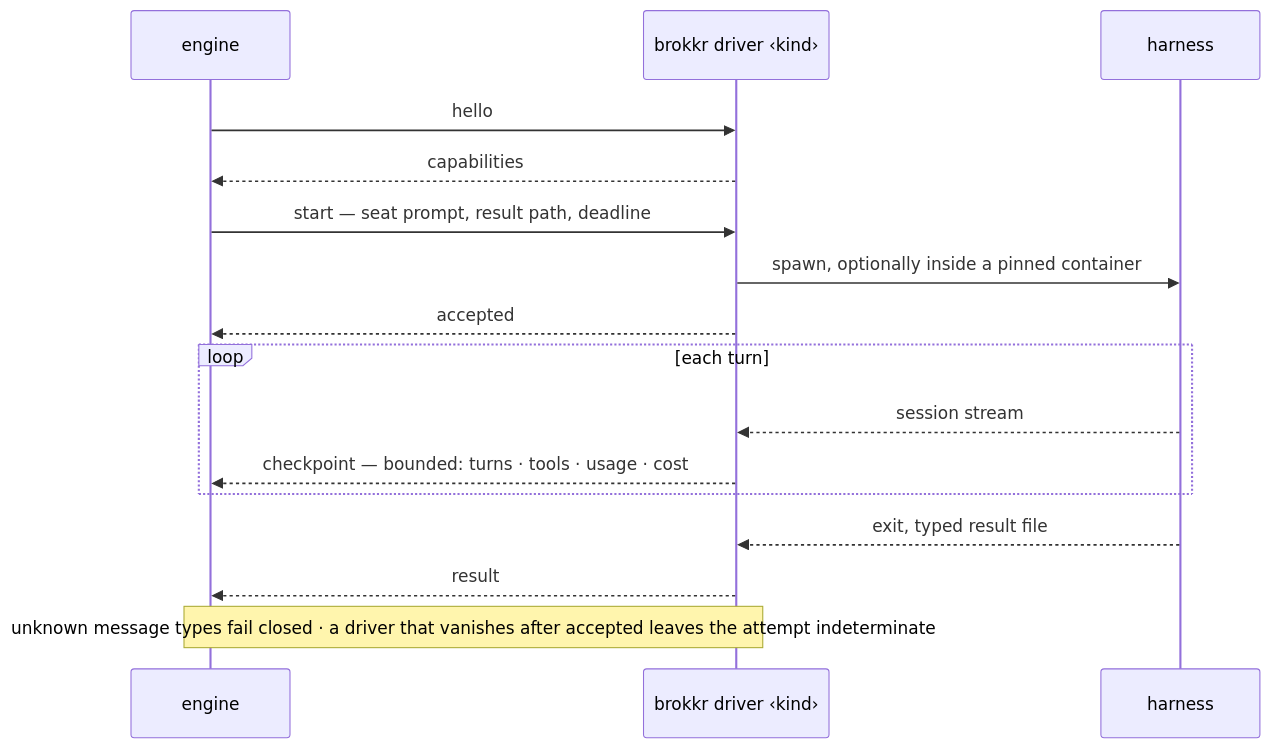
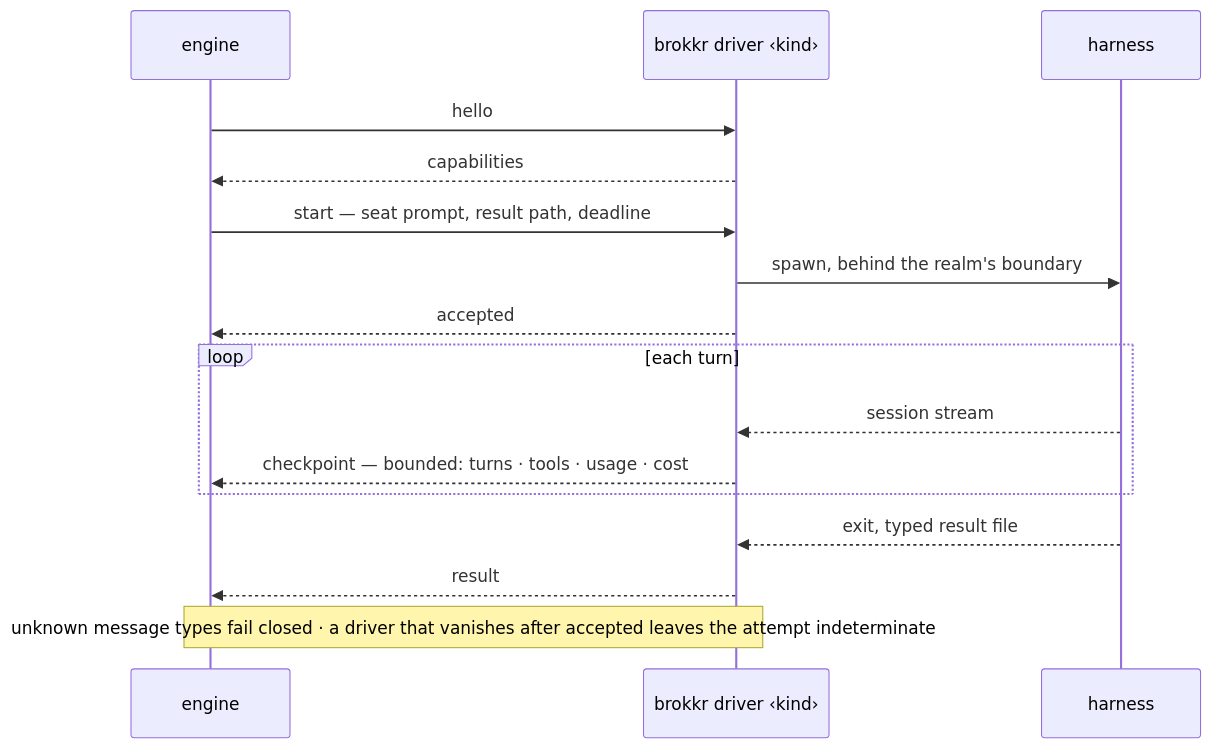
Before and after one commit to feedback-loop-ai/brokkr: the eighth of 8 diagrams in ARCHITECTURE.md, drawn with Mermaid. The commit also changed other lines of this file and 96 other files, not shown here.

First line of the commit message:
boundary: enact decision 0046 slice (i), from the realm pin to every readout

````diff
--- a/ARCHITECTURE.md
+++ b/ARCHITECTURE.md
@@ -237,18 +237,18 @@
 ```mermaid
 sequenceDiagram
   participant E as engine
   participant D as brokkr driver ‹kind›
   participant H as harness
   E->>D: hello
   D-->>E: capabilities
   E->>D: start — seat prompt, result path, deadline
-  D->>H: spawn, optionally inside a pinned container
+  D->>H: spawn, behind the realm's boundary
   D-->>E: accepted
   loop each turn
     H-->>D: session stream
     D-->>E: checkpoint — bounded: turns · tools · usage · cost
   end
   H-->>D: exit, typed result file
   D-->>E: result
   Note over E,D: unknown message types fail closed · a driver that vanishes after accepted leaves the attempt indeterminate
 ```
````
